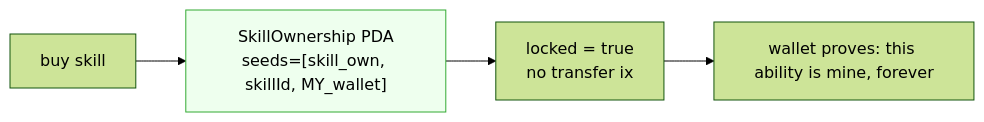
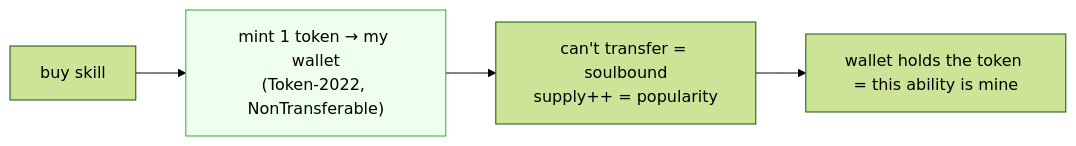
One commit to IQCoreTeam/AgentNet changed the fifth of 8 diagrams in plans/skill-soulbound-structure.md. Above: the diagram before and after it, drawn with Mermaid (forest theme). The commit also changed other lines of this file and 5 other files, not shown here.

First line of the commit message:
Adopt Token-2022 semi-fungible as the NFT model; drop custom SkillOwnership PDA

````diff
--- a/plans/skill-soulbound-structure.md
+++ b/plans/skill-soulbound-structure.md
@@ -171,7 +155,7 @@
 ```mermaid
 flowchart LR
-    Buy["buy skill"] --> PDA["SkillOwnership PDA<br/>seeds=[skill_own, skillId, MY_wallet]"]
-    PDA --> Bound["locked = true<br/>no transfer ix"]
-    Bound --> Proof["wallet proves: this ability is mine, forever"]
-    style PDA fill:#efe,stroke:#3a3
+    Buy["buy skill"] --> MINT["mint 1 token → my wallet<br/>(Token-2022, NonTransferable)"]
+    MINT --> Bound["can't transfer = soulbound<br/>supply++ = popularity"]
+    Bound --> Proof["wallet holds the token = this ability is mine"]
+    style MINT fill:#efe,stroke:#3a3
 ```
````
